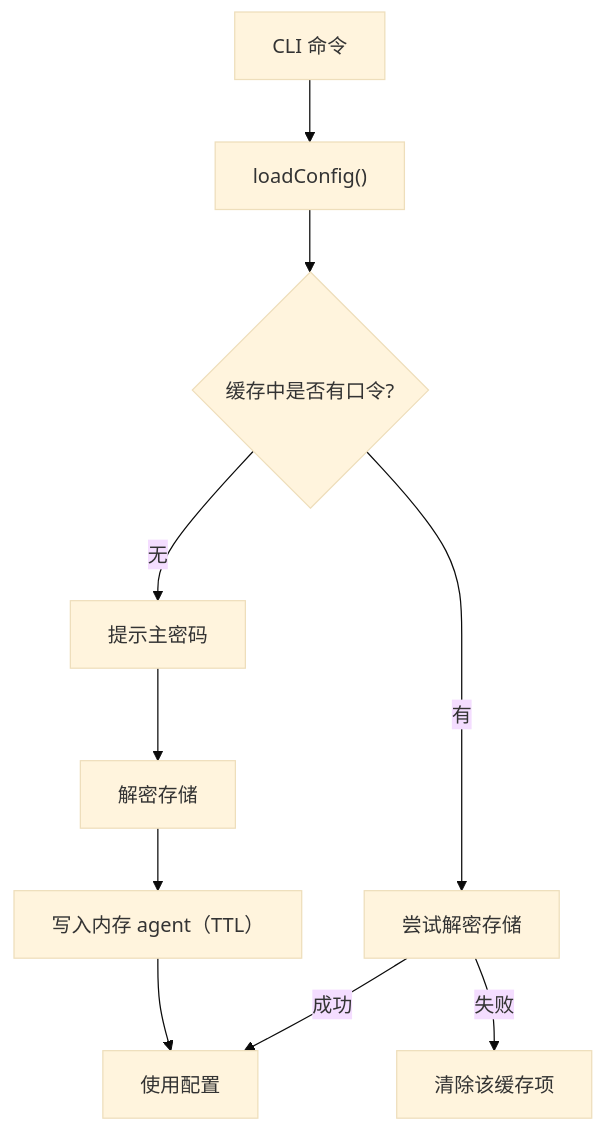
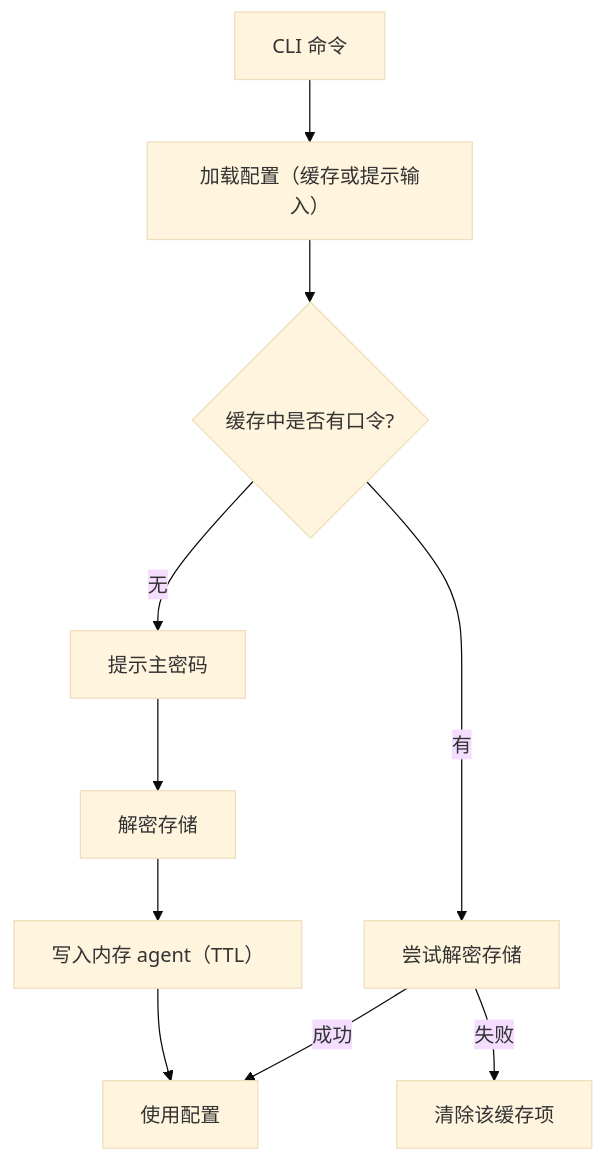
The first of 3 diagrams in docs/zh/reference/security.md (tiangong-dev/onessh), drawn with Mermaid (base theme) before and after one commit. The commit also changed other lines of this file and 7 other files, not shown here.

````diff
--- a/docs/zh/reference/security.md
+++ b/docs/zh/reference/security.md
@@ -37,12 +37,12 @@
 ```mermaid
 flowchart TD
-  A["CLI 命令"] --> B["loadConfig()"]
+  A["CLI 命令"] --> B["加载配置（缓存或提示输入）"]
   B --> C{"缓存中是否有口令?"}
   C -- "有" --> D["尝试解密存储"]
   D -- "成功" --> E["使用配置"]
   D -- "失败" --> F["清除该缓存项"]
   C -- "无" --> G["提示主密码"]
   G --> H["解密存储"]
   H --> I["写入内存 agent（TTL）"]
   I --> E
 ```
````
